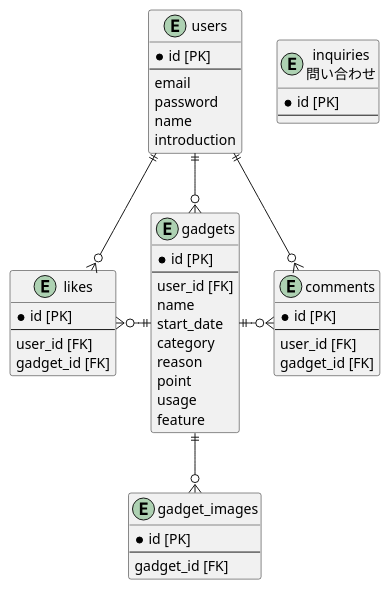
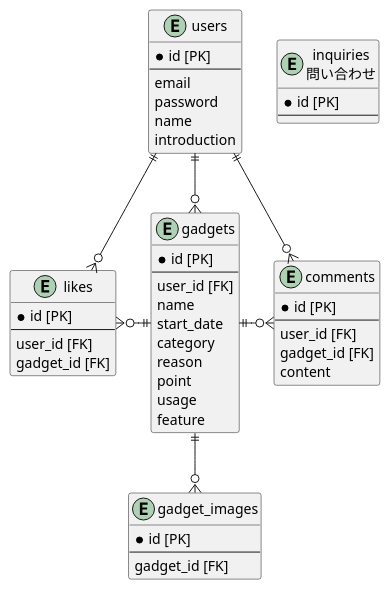
One commit to darutani/Portfolio-OshiGadge changed the diagram in erd.pu. Above: the diagram before and after it, drawn with PlantUML.

Commit message:
update: commentモデルにcontentカラムを追加 #66

```diff
--- a/erd.pu
+++ b/erd.pu
@@ -1,57 +1,58 @@
 @startuml OshiGadge
 
 entity users {
   *id [PK]
   --
   email
   password
   name
   introduction
 }
 
 entity gadgets {
   *id [PK]
   --
   user_id [FK]
   name
   start_date
   category
   reason
   point
   usage
   feature
 }
 
 entity likes {
   *id [PK]
   --
   user_id [FK]
   gadget_id [FK]
 }
 
 entity comments {
   *id [PK]
   --
   user_id [FK]
   gadget_id [FK]
+  content
 }
 
 entity inquiries as "inquiries\n問い合わせ" {
   *id [PK]
   --
 }
 
 entity gadget_images {
   *id [PK]
   --
   gadget_id [FK]
 }
 
 users ||--o{ gadgets
 users ||--o{ comments
 users ||--o{ likes
 gadgets ||-r-o{ comments
 gadgets ||-d-o{ gadget_images
 gadgets ||-l-o{ likes
 
 @enduml
```
